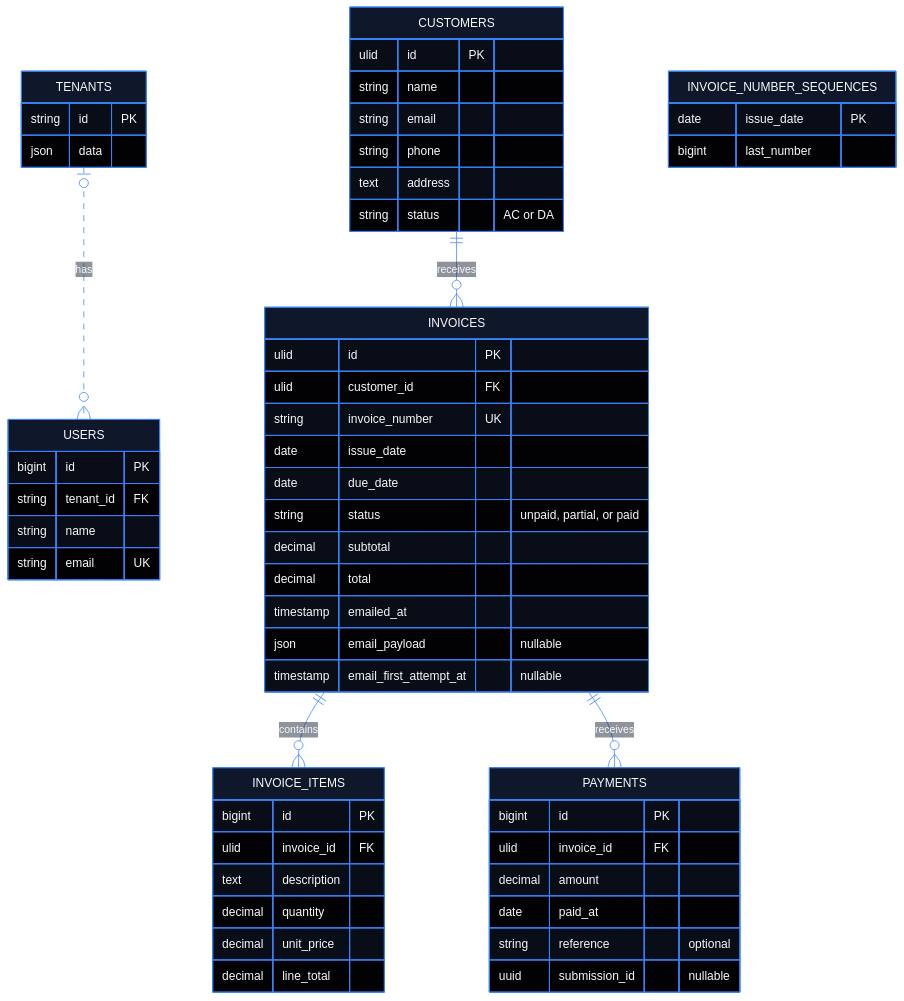
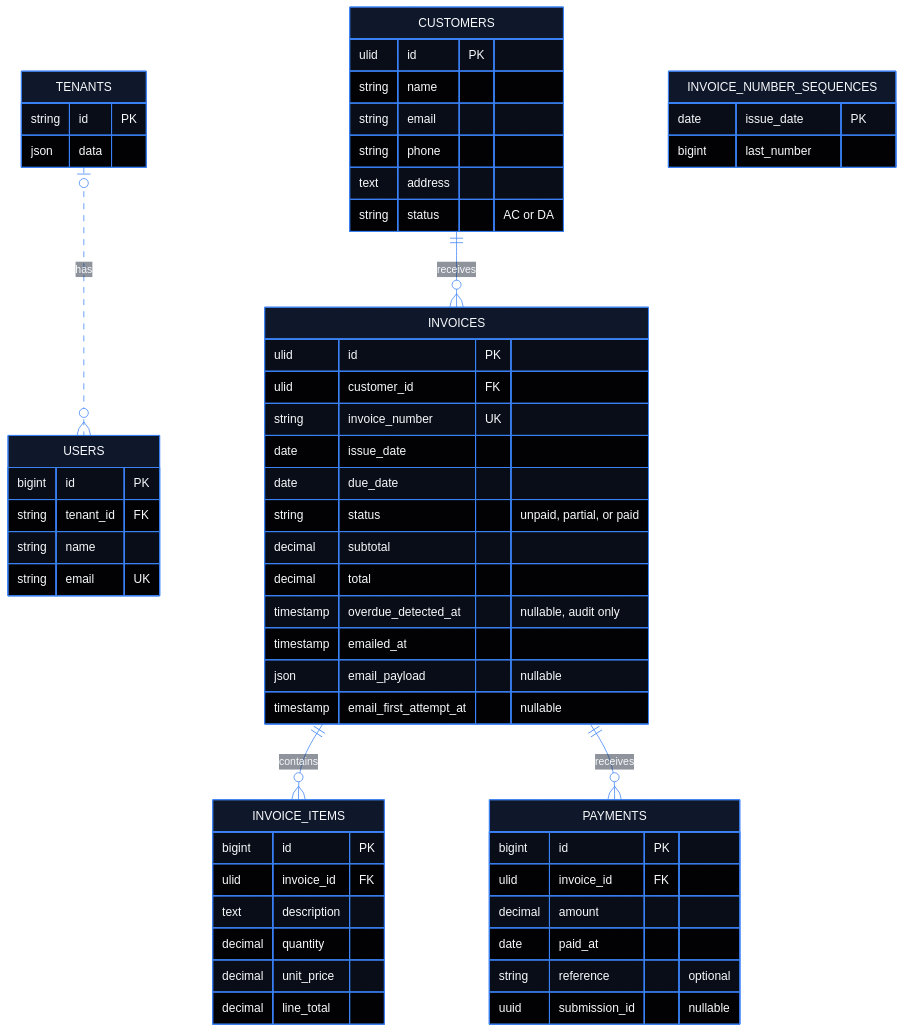
One commit to JunXianHoo/accounting_saas changed the diagram in docs/erd.md. Above: the diagram before and after it, drawn with Mermaid. The commit also changed other lines of this file and 13 other files, not shown here.

````diff
--- a/docs/erd.md
+++ b/docs/erd.md
@@ -5,75 +5,76 @@
 ```mermaid
 ---
 config:
     theme: base
     themeVariables:
         darkMode: true
         primaryColor: '#0f172a'
         primaryTextColor: '#f8fafc'
         primaryBorderColor: '#3b82f6'
         textColor: '#f8fafc'
         nodeTextColor: '#f8fafc'
         lineColor: '#3b82f6'
         tertiaryColor: '#1e293b'
         edgeLabelBackground: '#1e293b'
         attributeBackgroundColorOdd: '#1e293b'
         attributeBackgroundColorEven: '#334155'
 ---
 erDiagram
     TENANTS o|..o{ USERS : has
     CUSTOMERS ||--o{ INVOICES : receives
     INVOICES ||--o{ INVOICE_ITEMS : contains
     INVOICES ||--o{ PAYMENTS : receives
 
     TENANTS {
         string id PK
         json data
     }
     USERS {
         bigint id PK
         string tenant_id FK
         string name
         string email UK
     }
     CUSTOMERS {
         ulid id PK
         string name
         string email
         string phone
         text address
         string status "AC or DA"
     }
     INVOICES {
         ulid id PK
         ulid customer_id FK
         string invoice_number UK
         date issue_date
         date due_date
         string status "unpaid, partial, or paid"
         decimal subtotal
         decimal total
+        timestamp overdue_detected_at "nullable, audit only"
         timestamp emailed_at
         json email_payload "nullable"
         timestamp email_first_attempt_at "nullable"
     }
     INVOICE_NUMBER_SEQUENCES {
         date issue_date PK
         bigint last_number
     }
     INVOICE_ITEMS {
         bigint id PK
         ulid invoice_id FK
         text description
         decimal quantity
         decimal unit_price
         decimal line_total
     }
     PAYMENTS {
         bigint id PK
         ulid invoice_id FK
         decimal amount
         date paid_at
         string reference "optional"
         uuid submission_id "nullable"
     }
 ```
````
